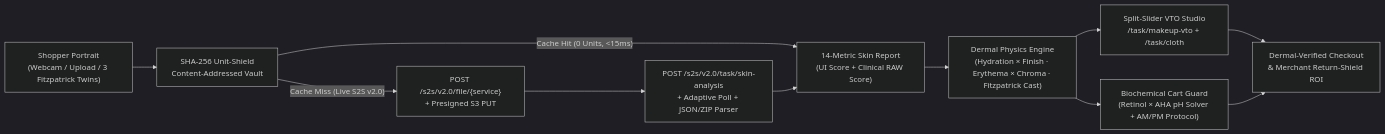
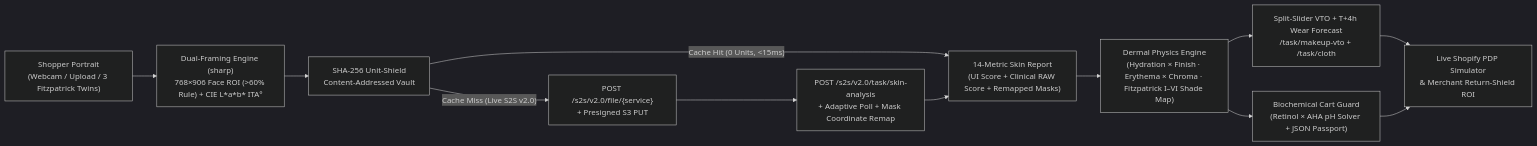
Before and after one commit to Sanchay117/dermatelier: the diagram in README.md, drawn with Mermaid (dark theme). The commit also changed other lines of this file and 5 other files, not shown here.

Commit message:
feat(atelier): live Shopify PDP simulator, audio briefing, telemetry passport, and expanded tests

````diff
--- a/README.md
+++ b/README.md
@@ -18,13 +18,14 @@
 ```mermaid
 flowchart LR
-  A["Shopper Portrait\n(Webcam / Upload / 3 Fitzpatrick Twins)"] --> B["SHA-256 Unit-Shield\nContent-Addressed Vault"]
-  B -- "Cache Hit (0 Units, <15ms)" --> E["14-Metric Skin Report\n(UI Score + Clinical RAW Score)"]
-  B -- "Cache Miss (Live S2S v2.0)" --> C["POST /s2s/v2.0/file/{service}\n+ Presigned S3 PUT"]
-  C --> D["POST /s2s/v2.0/task/skin-analysis\n+ Adaptive Poll + JSON/ZIP Parser"]
-  D --> E
-  E --> F["Dermal Physics Engine\n(Hydration × Finish · Erythema × Chroma · Fitzpatrick Cast)"]
-  F --> G["Split-Slider VTO Studio\n/task/makeup-vto + /task/cloth"]
-  F --> H["Biochemical Cart Guard\n(Retinol × AHA pH Solver + AM/PM Protocol)"]
-  G --> I["Dermal-Verified Checkout\n& Merchant Return-Shield ROI"]
-  H --> I
+  A["Shopper Portrait\n(Webcam / Upload / 3 Fitzpatrick Twins)"] --> B["Dual-Framing Engine (sharp)\n768×906 Face ROI (>60% Rule) + CIE L*a*b* ITA°"]
+  B --> C["SHA-256 Unit-Shield\nContent-Addressed Vault"]
+  C -- "Cache Hit (0 Units, <15ms)" --> F["14-Metric Skin Report\n(UI Score + Clinical RAW Score + Remapped Masks)"]
+  C -- "Cache Miss (Live S2S v2.0)" --> D["POST /s2s/v2.0/file/{service}\n+ Presigned S3 PUT"]
+  D --> E["POST /s2s/v2.0/task/skin-analysis\n+ Adaptive Poll + Mask Coordinate Remap"]
+  E --> F
+  F --> G["Dermal Physics Engine\n(Hydration × Finish · Erythema × Chroma · Fitzpatrick I–VI Shade Map)"]
+  G --> H["Split-Slider VTO + T+4h Wear Forecast\n/task/makeup-vto + /task/cloth"]
+  G --> I["Biochemical Cart Guard\n(Retinol × AHA pH Solver + JSON Passport)"]
+  H --> J["Live Shopify PDP Simulator\n& Merchant Return-Shield ROI"]
+  I --> J
 ```
````
